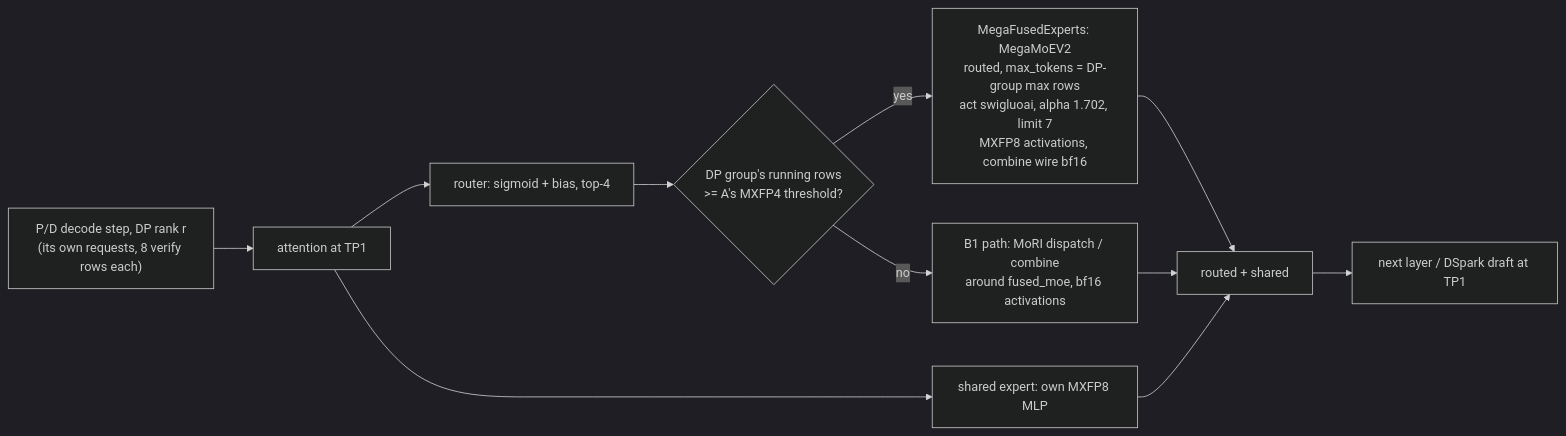
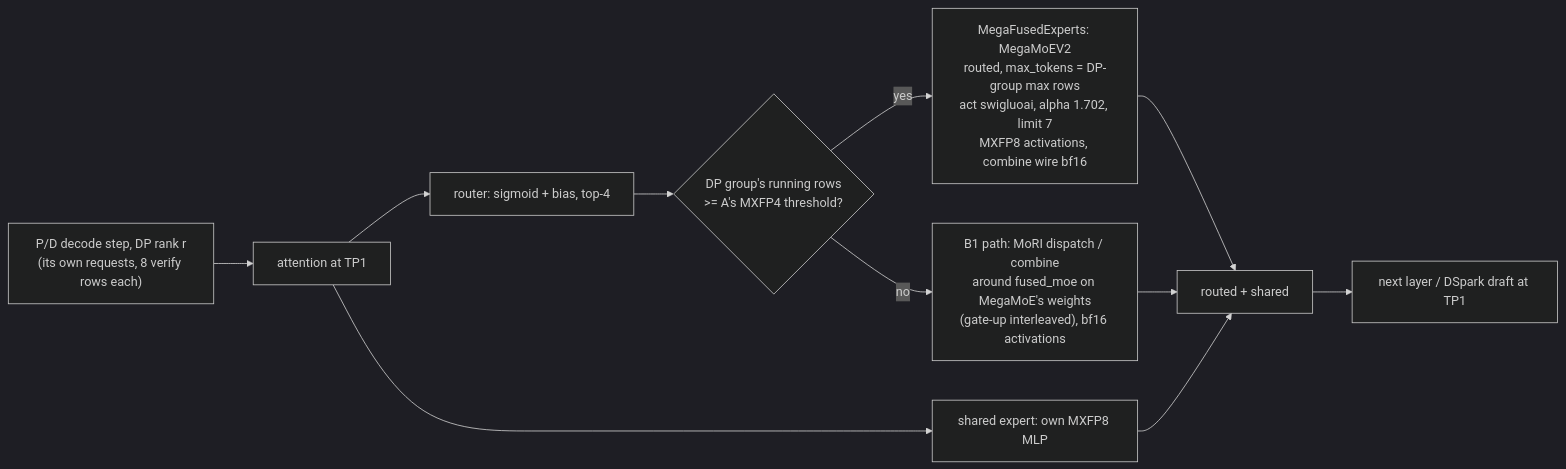
The second of 3 diagrams in docs/m31_decode_megamoe_design.md (MengqingCao/ATOM), drawn with Mermaid (dark theme) before and after one commit. The commit also changed other lines of this file, not shown here.

First line of the commit message:
docs: run the M3.1 B2 small-step fallback on MegaMoE's interleaved weights

````diff
--- a/docs/m31_decode_megamoe_design.md
+++ b/docs/m31_decode_megamoe_design.md
@@ -38,13 +38,13 @@
 ```mermaid
 flowchart LR
   req["P/D decode step, DP rank r<br/>(its own requests, 8 verify rows each)"] --> attn["attention at TP1"]
   attn --> gate["router: sigmoid + bias, top-4"]
   gate --> pick{"DP group's running rows<br/>>= A's MXFP4 threshold?"}
   pick -->|yes| mega["MegaFusedExperts: MegaMoEV2<br/>routed, max_tokens = DP-group max rows<br/>act swigluoai, alpha 1.702, limit 7<br/>MXFP8 activations, combine wire bf16"]
-  pick -->|no| mori["B1 path: MoRI dispatch / combine<br/>around fused_moe, bf16 activations"]
+  pick -->|no| mori["B1 path: MoRI dispatch / combine<br/>around fused_moe on MegaMoE's weights<br/>(gate-up interleaved), bf16 activations"]
   attn --> shared["shared expert: own MXFP8 MLP"]
   mega --> sum["routed + shared"]
   mori --> sum
   shared --> sum
   sum --> next["next layer / DSpark draft at TP1"]
 ```
````
